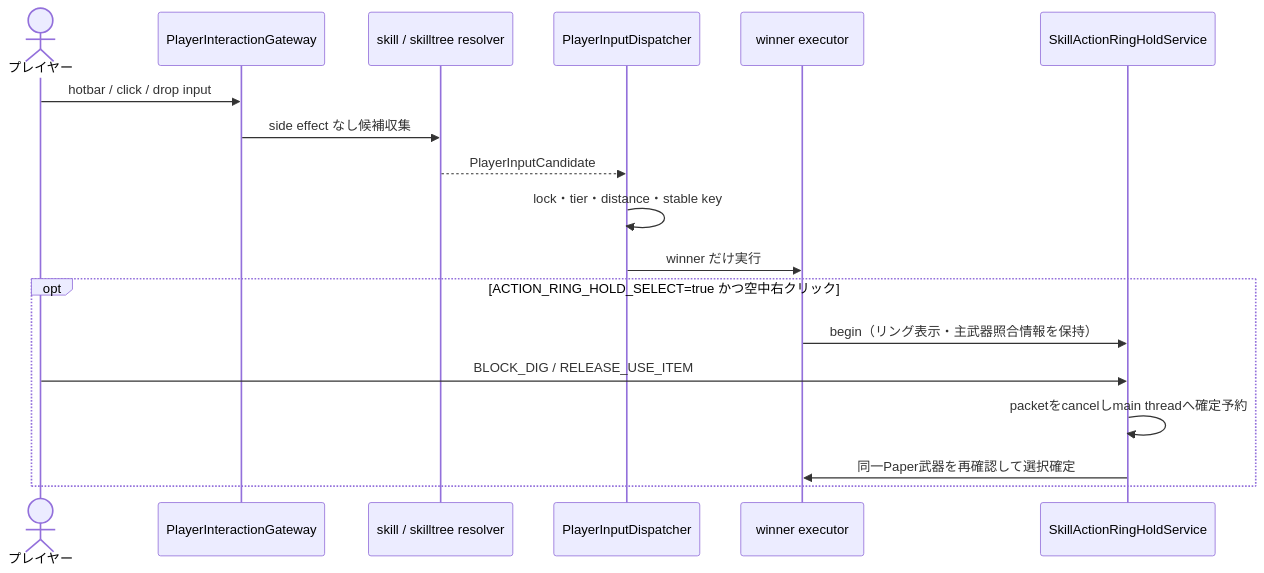
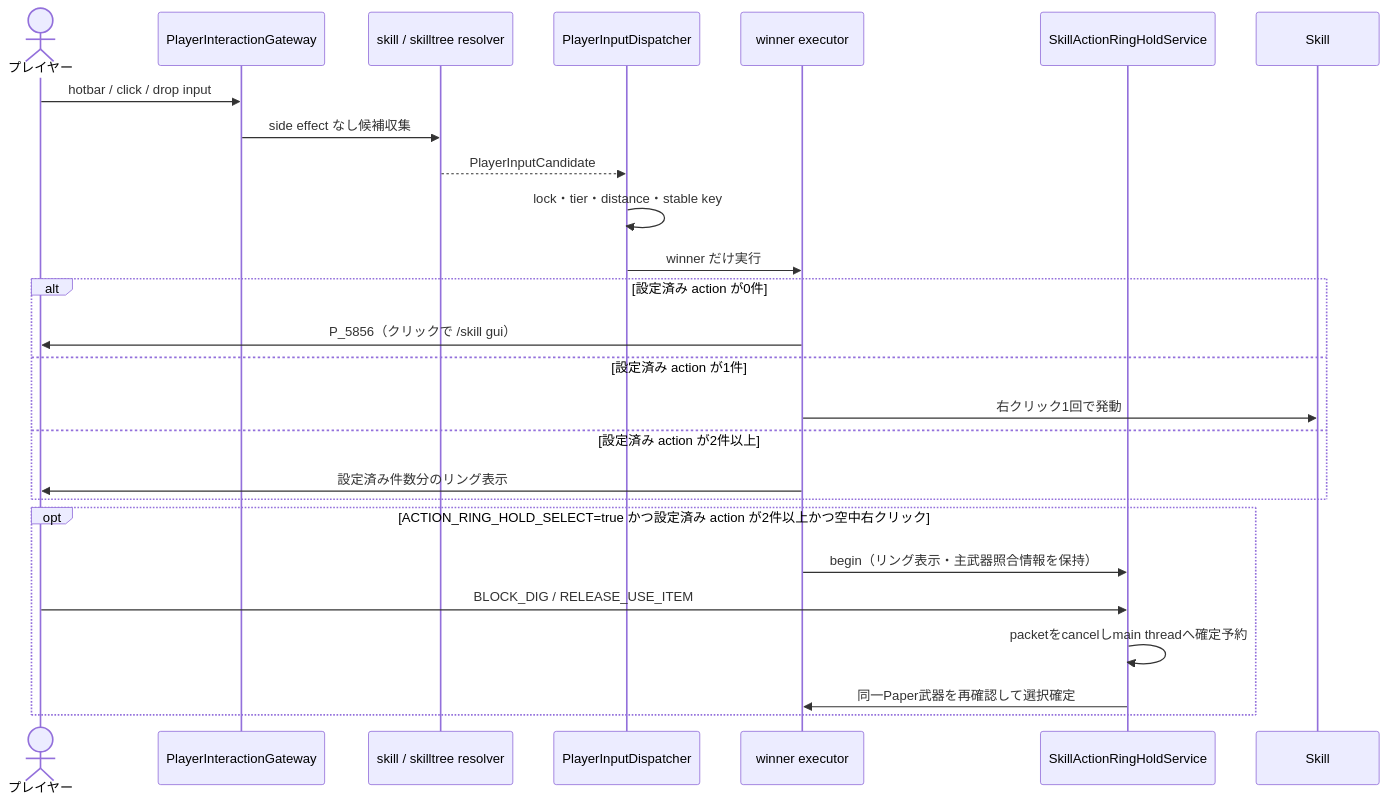
The fourth of 4 diagrams in 00_docs/10_Plugin設計書/feature/13-skill/4-統合フロー/13_4-統合フロー.md (maaasu/AstralRecord-Workspace), drawn with Mermaid before and after one commit. The commit also changed other lines of this file and 13 other files, not shown here.

````diff
--- a/00_docs/10_Plugin設計書/feature/13-skill/4-統合フロー/13_4-統合フロー.md
+++ b/00_docs/10_Plugin設計書/feature/13-skill/4-統合フロー/13_4-統合フロー.md
@@ -114,21 +114,28 @@
 ```mermaid
 sequenceDiagram
     actor Player as プレイヤー
     participant Gateway as PlayerInteractionGateway
     participant Resolver as skill / skilltree resolver
     participant Dispatcher as PlayerInputDispatcher
     participant Executor as winner executor
     participant Hold as SkillActionRingHoldService
 
     Player->>Gateway: hotbar / click / drop input
     Gateway->>Resolver: side effect なし候補収集
     Resolver-->>Dispatcher: PlayerInputCandidate
     Dispatcher->>Dispatcher: lock・tier・distance・stable key
     Dispatcher->>Executor: winner だけ実行
-    opt ACTION_RING_HOLD_SELECT=true かつ空中右クリック
+    alt 設定済み action が0件
+        Executor->>Player: P_5856（クリックで /skill gui）
+    else 設定済み action が1件
+        Executor->>Skill: 右クリック1回で発動
+    else 設定済み action が2件以上
+        Executor->>Player: 設定済み件数分のリング表示
+    end
+    opt ACTION_RING_HOLD_SELECT=true かつ設定済み action が2件以上かつ空中右クリック
         Executor->>Hold: begin（リング表示・主武器照合情報を保持）
         Player->>Hold: BLOCK_DIG / RELEASE_USE_ITEM
         Hold->>Hold: packetをcancelしmain threadへ確定予約
         Hold->>Executor: 同一Paper武器を再確認して選択確定
     end
 ```
````
